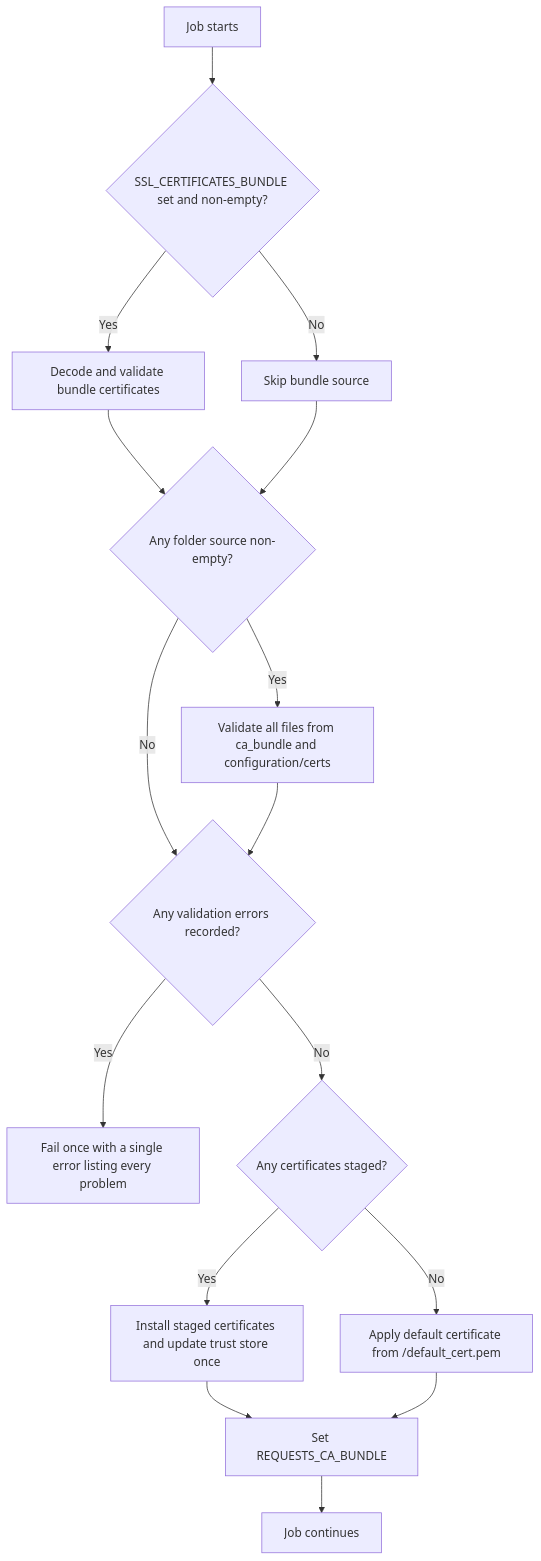
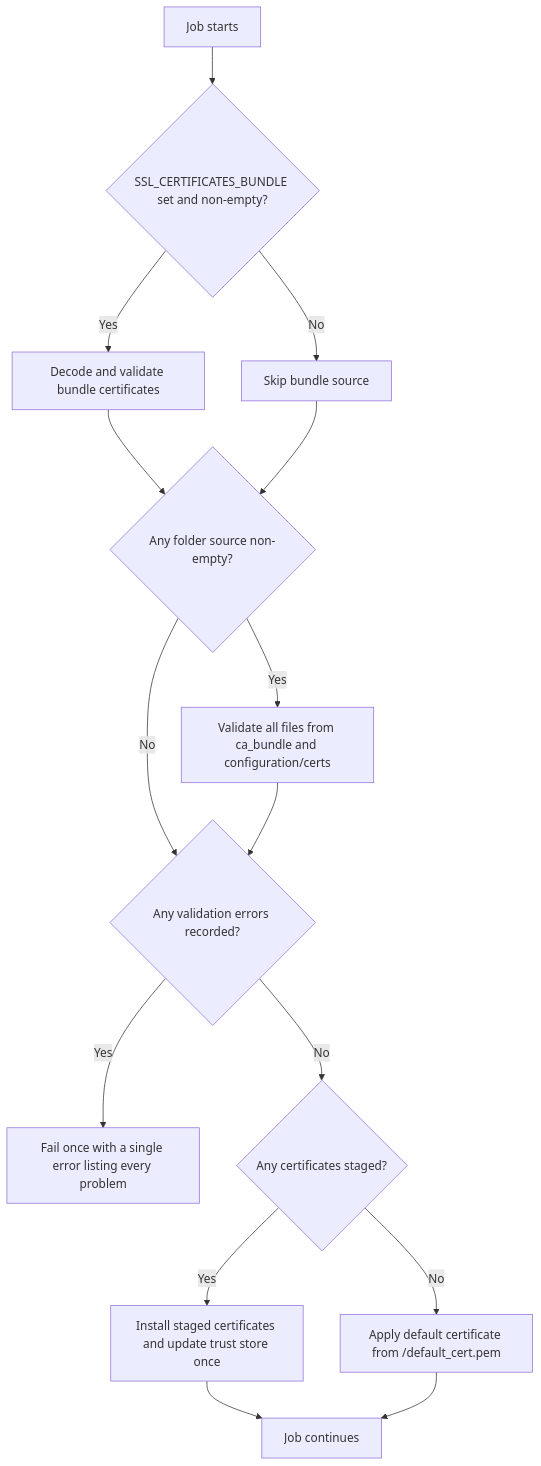
Before and after one commit to Netcracker/qubership-envgene: the diagram in docs/features/system-certificate.md, drawn with Mermaid. The commit also changed other lines of this file and 2 other files, not shown here.

First line of the commit message:
docs: remove REQUESTS_CA_BUNDLE, drop troubleshooting, document SSL_CERTIFICATES_BUNDLE

````diff
--- a/docs/features/system-certificate.md
+++ b/docs/features/system-certificate.md
@@ -106,18 +102,17 @@
 ```mermaid
 flowchart TD
     A[Job starts] --> B{SSL_CERTIFICATES_BUNDLE set and non-empty?}
     B -->|Yes| C[Decode and validate bundle certificates]
     B -->|No| D[Skip bundle source]
     C --> E{Any folder source non-empty?}
     D --> E
     E -->|Yes| F[Validate all files from ca_bundle and configuration/certs]
     E -->|No| G{Any validation errors recorded?}
     F --> G
     G -->|Yes| H[Fail once with a single error listing every problem]
     G -->|No| I{Any certificates staged?}
     I -->|Yes| J[Install staged certificates and update trust store once]
     I -->|No| K[Apply default certificate from /default_cert.pem]
-    J --> L[Set REQUESTS_CA_BUNDLE]
-    K --> L
-    L --> M[Job continues]
+    J --> M[Job continues]
+    K --> M
 ```
````
